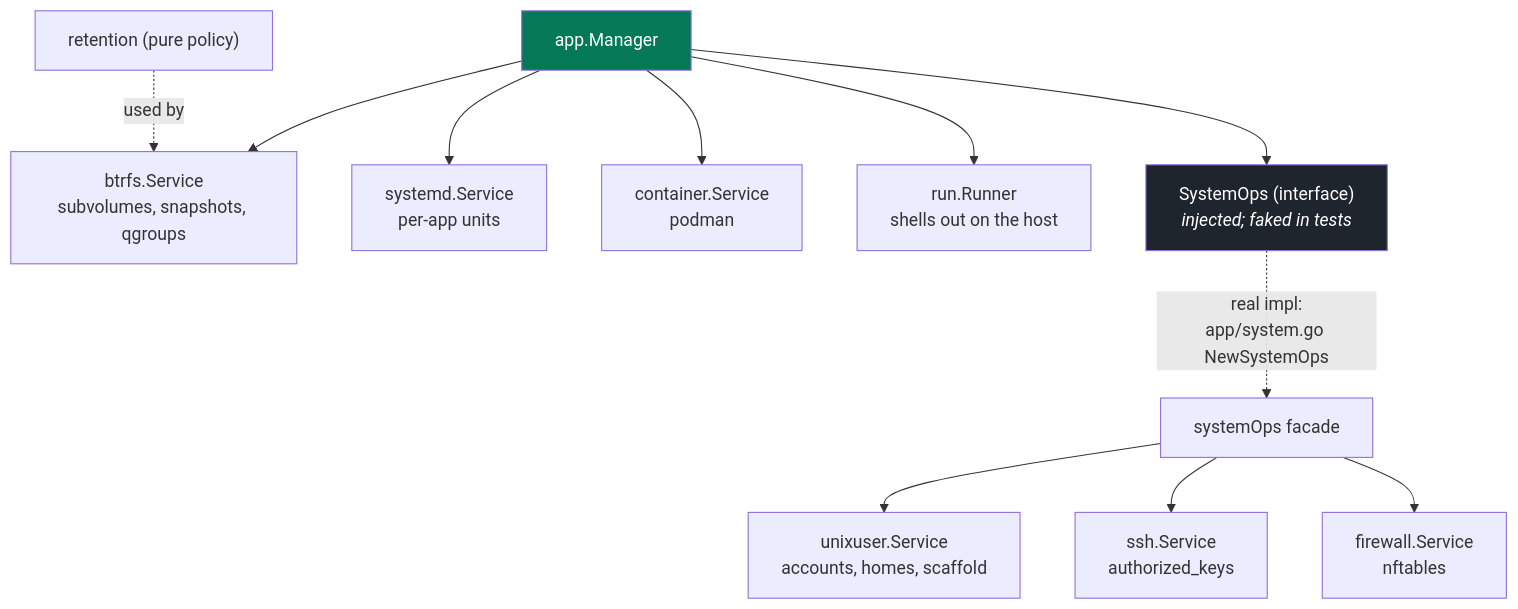
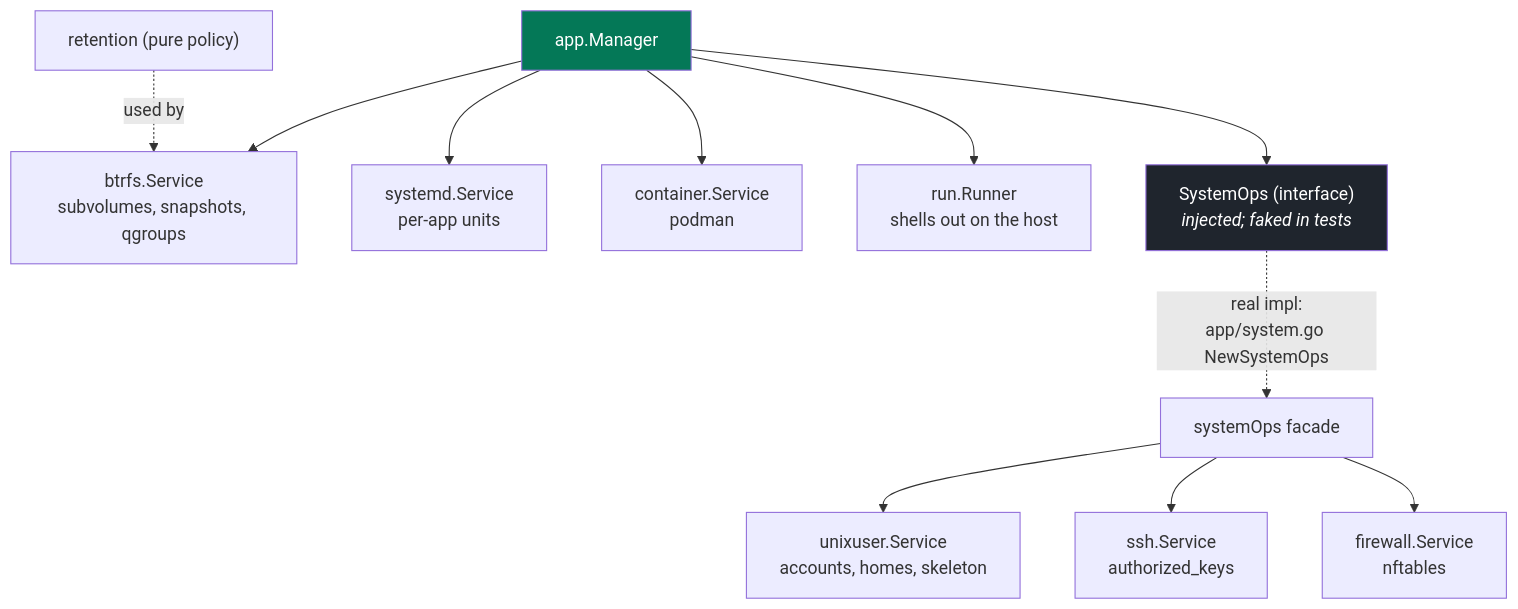
The diagram in docs/internal/architecture/code-map.md (binwiederhier/hostit), drawn with Mermaid before and after one commit. The commit also changed other lines of this file and 26 other files, not shown here.

Commit message:
Rename scaffold -> skeleton throughout (files, identifiers, WriteSkeleton, docs)

````diff
--- a/docs/internal/architecture/code-map.md
+++ b/docs/internal/architecture/code-map.md
@@ -37,19 +37,19 @@
 ```mermaid
 flowchart TB
     mgr["app.Manager"]
     mgr --> btrfs["btrfs.Service<br/>subvolumes, snapshots, qgroups"]
     mgr --> systemd["systemd.Service<br/>per-app units"]
     mgr --> container["container.Service<br/>podman"]
     mgr --> runner["run.Runner<br/>shells out on the host"]
     mgr --> ops["SystemOps (interface)<br/><i>injected; faked in tests</i>"]
 
     ops -.->|"real impl:<br/>app/system.go NewSystemOps"| sysops["systemOps facade"]
-    sysops --> unixuser["unixuser.Service<br/>accounts, homes, scaffold"]
+    sysops --> unixuser["unixuser.Service<br/>accounts, homes, skeleton"]
     sysops --> ssh["ssh.Service<br/>authorized_keys"]
     sysops --> firewall["firewall.Service<br/>nftables"]
 
     retention["retention (pure policy)"] -.->|"used by"| btrfs
 
     style mgr fill:#047857,color:#fff
     style ops fill:#1f252d,color:#fff
 ```
````
